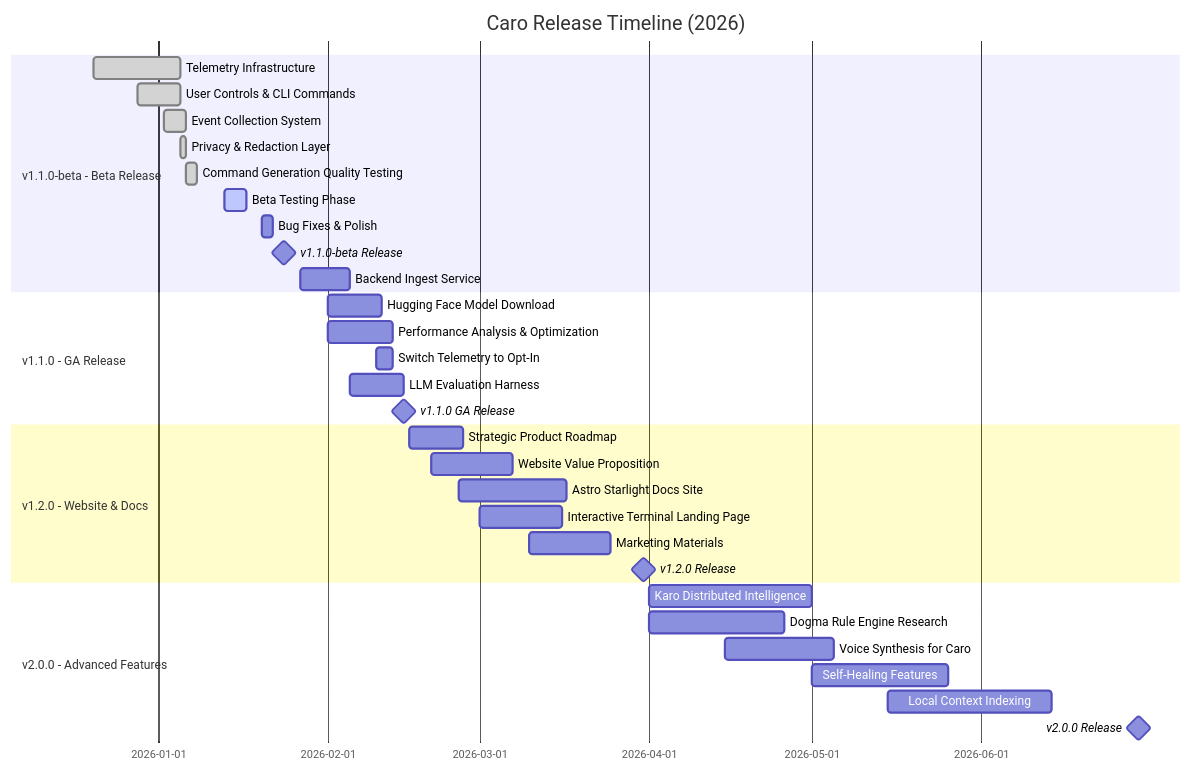
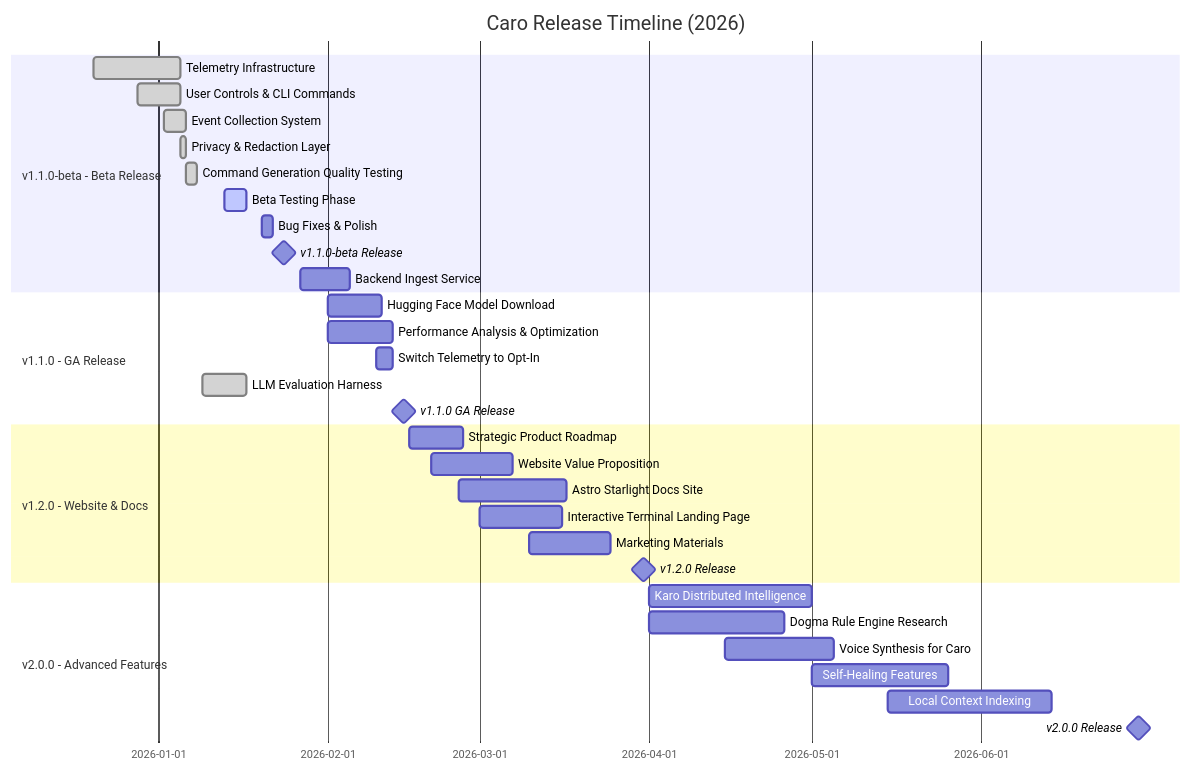
One commit to wildcard/caro changed the diagram in ROADMAP.md. Above: the diagram before and after it, drawn with Mermaid. The commit also changed other lines of this file, not shown here.

First line of the commit message:
docs: Update roadmap to reflect completion of LLM Evaluation Harness

````diff
--- a/ROADMAP.md
+++ b/ROADMAP.md
@@ -7,38 +7,38 @@
 ```mermaid
 gantt
     title Caro Release Timeline (2026)
     dateFormat YYYY-MM-DD
     section v1.1.0-beta - Beta Release
     Telemetry Infrastructure              :done, 2025-12-20, 2026-01-05
     User Controls & CLI Commands          :done, 2025-12-28, 2026-01-05
     Event Collection System               :done, 2026-01-02, 2026-01-06
     Privacy & Redaction Layer             :done, 2026-01-05, 2026-01-06
     Command Generation Quality Testing    :done, 2026-01-06, 2026-01-08
     Beta Testing Phase                    :active, 2026-01-13, 2026-01-17
     Bug Fixes & Polish                    :2026-01-20, 2026-01-22
     v1.1.0-beta Release                  :milestone, 2026-01-24, 0d
     Backend Ingest Service                :2026-01-27, 2026-02-05
 
     section v1.1.0 - GA Release
     Hugging Face Model Download           :2026-02-01, 10d
     Performance Analysis & Optimization   :2026-02-01, 12d
     Switch Telemetry to Opt-In           :2026-02-10, 3d
-    LLM Evaluation Harness               :2026-02-05, 10d
+    LLM Evaluation Harness               :done, 2026-01-09, 2026-01-17
     v1.1.0 GA Release                    :milestone, 2026-02-15, 0d
 
     section v1.2.0 - Website & Docs
     Strategic Product Roadmap             :2026-02-16, 10d
     Website Value Proposition             :2026-02-20, 15d
     Astro Starlight Docs Site            :2026-02-25, 20d
     Interactive Terminal Landing Page     :2026-03-01, 15d
     Marketing Materials                   :2026-03-10, 15d
     v1.2.0 Release                       :milestone, 2026-03-31, 0d
 
     section v2.0.0 - Advanced Features
     Karo Distributed Intelligence        :2026-04-01, 30d
     Dogma Rule Engine Research           :2026-04-01, 25d
     Voice Synthesis for Caro             :2026-04-15, 20d
     Self-Healing Features                :2026-05-01, 25d
     Local Context Indexing               :2026-05-15, 30d
     v2.0.0 Release                       :milestone, 2026-06-30, 0d
 ```
````
